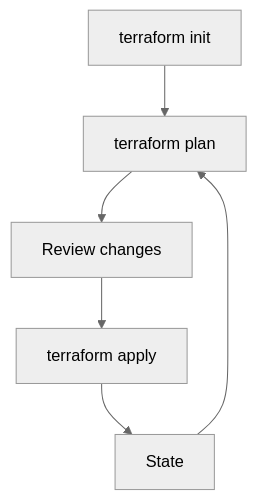
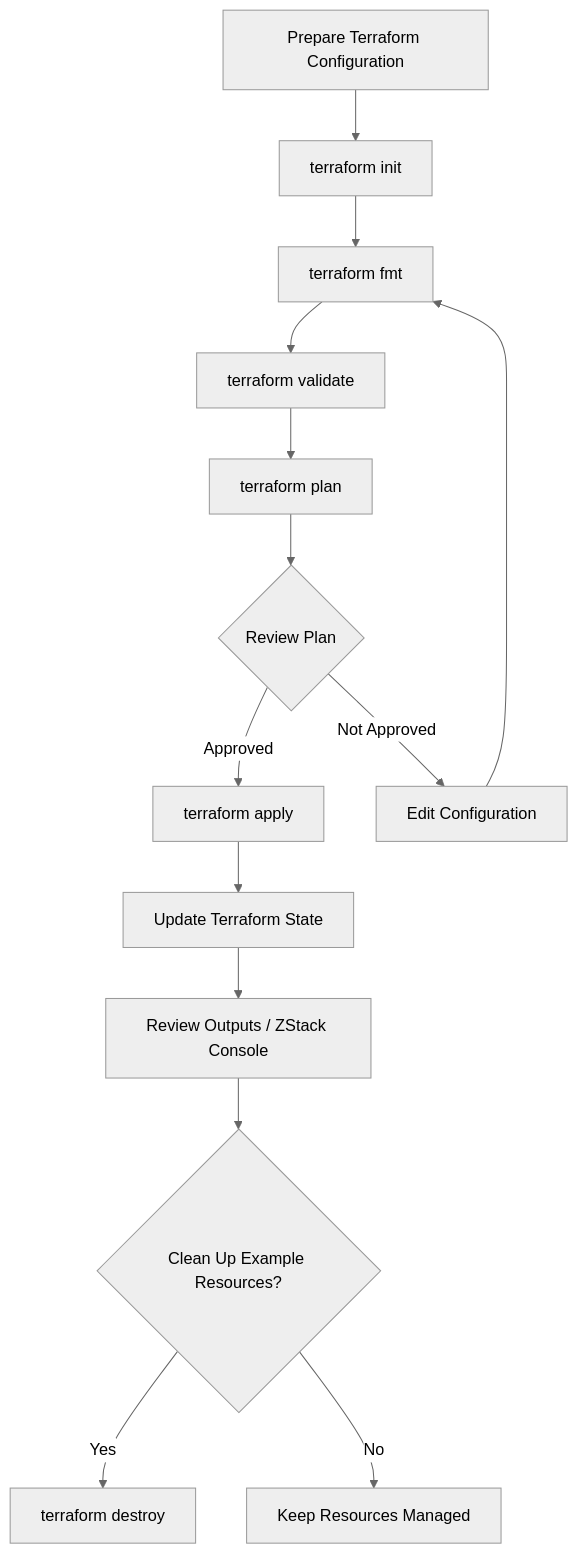
The second of 6 diagrams in docs/en/diagrams/index.md (terraform-zstack-modules/terraform-provider-zstack-docs), drawn with Mermaid (neutral theme) before and after one commit. The commit also changed other lines of this file and 19 other files, not shown here.

````diff
--- a/docs/en/diagrams/index.md
+++ b/docs/en/diagrams/index.md
@@ -20,8 +34,16 @@
 ```mermaid
 flowchart TD
-  init[terraform init] --> plan[terraform plan]
-  plan --> review[Review changes]
-  review --> apply[terraform apply]
-  apply --> state[State]
-  state --> plan
+  start[Prepare Terraform Configuration] --> init[terraform init]
+  init --> fmt[terraform fmt]
+  fmt --> validate[terraform validate]
+  validate --> plan[terraform plan]
+  plan --> review{Review Plan}
+  review -- Approved --> apply[terraform apply]
+  review -- Not Approved --> edit[Edit Configuration]
+  edit --> fmt
+  apply --> state[Update Terraform State]
+  state --> output[Review Outputs / ZStack Console]
+  output --> destroy{Clean Up Example Resources?}
+  destroy -- Yes --> tfDestroy[terraform destroy]
+  destroy -- No --> keep[Keep Resources Managed]
 ```
````
